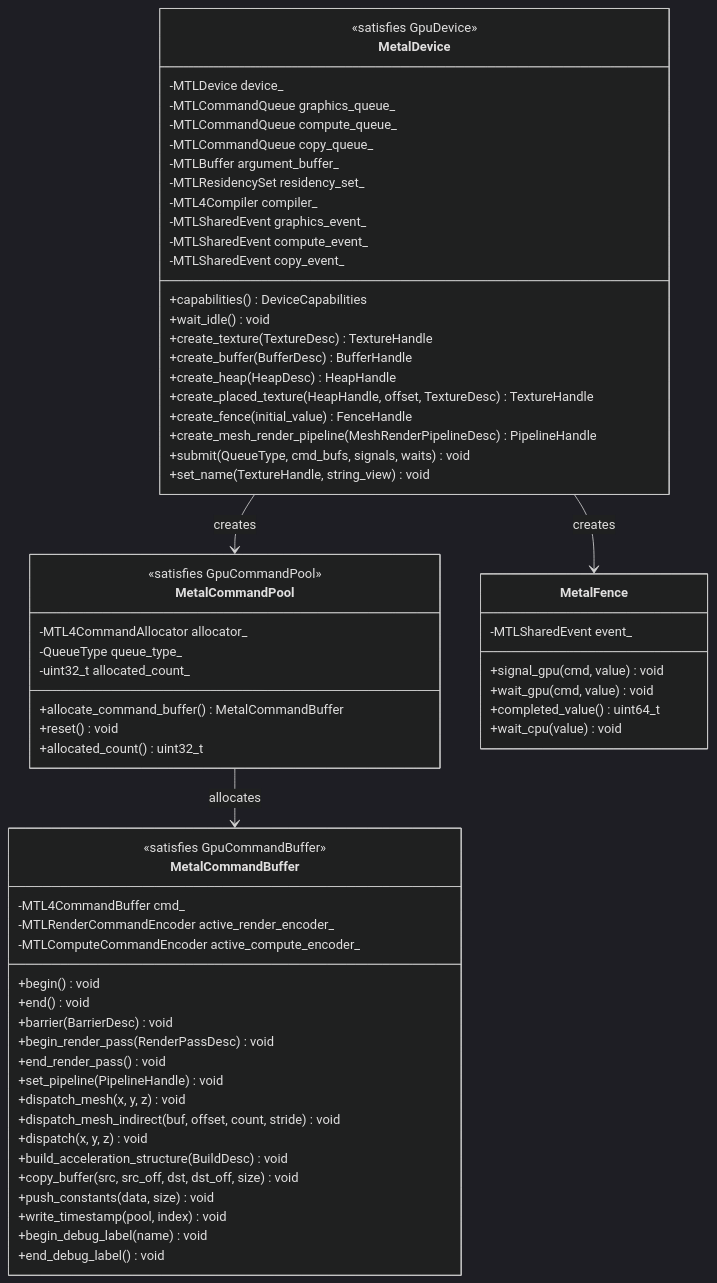
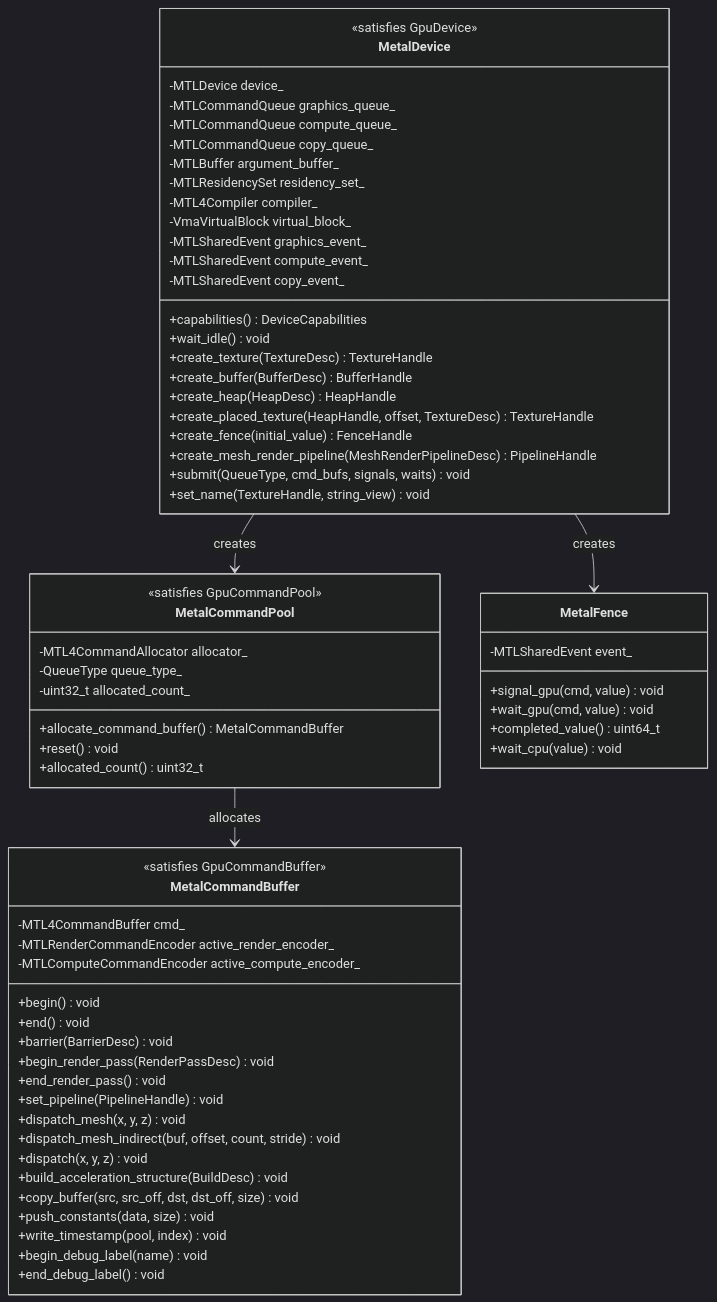
Before and after one commit to harmonius-dev/harmonius: the third of 3 diagrams in docs/design/gpu-backend-metal.md, drawn with Mermaid (dark theme). The commit also changed other lines of this file and 192 other files, not shown here.

````diff
--- a/docs/design/gpu-backend-metal.md
+++ b/docs/design/gpu-backend-metal.md
@@ -1004,70 +1027,71 @@
 ```mermaid
 classDiagram
     class MetalDevice {
         <<satisfies GpuDevice>>
         -MTLDevice device_
         -MTLCommandQueue graphics_queue_
         -MTLCommandQueue compute_queue_
         -MTLCommandQueue copy_queue_
         -MTLBuffer argument_buffer_
         -MTLResidencySet residency_set_
         -MTL4Compiler compiler_
+        -VmaVirtualBlock virtual_block_
         -MTLSharedEvent graphics_event_
         -MTLSharedEvent compute_event_
         -MTLSharedEvent copy_event_
         +capabilities() DeviceCapabilities
         +wait_idle() void
         +create_texture(TextureDesc) TextureHandle
         +create_buffer(BufferDesc) BufferHandle
         +create_heap(HeapDesc) HeapHandle
         +create_placed_texture(HeapHandle, offset, TextureDesc) TextureHandle
         +create_fence(initial_value) FenceHandle
         +create_mesh_render_pipeline(MeshRenderPipelineDesc) PipelineHandle
         +submit(QueueType, cmd_bufs, signals, waits) void
         +set_name(TextureHandle, string_view) void
     }
 
     class MetalCommandPool {
         <<satisfies GpuCommandPool>>
         -MTL4CommandAllocator allocator_
         -QueueType queue_type_
         -uint32_t allocated_count_
         +allocate_command_buffer() MetalCommandBuffer
         +reset() void
         +allocated_count() uint32_t
     }
 
     class MetalCommandBuffer {
         <<satisfies GpuCommandBuffer>>
         -MTL4CommandBuffer cmd_
         -MTLRenderCommandEncoder active_render_encoder_
         -MTLComputeCommandEncoder active_compute_encoder_
         +begin() void
         +end() void
         +barrier(BarrierDesc) void
         +begin_render_pass(RenderPassDesc) void
         +end_render_pass() void
         +set_pipeline(PipelineHandle) void
         +dispatch_mesh(x, y, z) void
         +dispatch_mesh_indirect(buf, offset, count, stride) void
         +dispatch(x, y, z) void
         +build_acceleration_structure(BuildDesc) void
         +copy_buffer(src, src_off, dst, dst_off, size) void
         +push_constants(data, size) void
         +write_timestamp(pool, index) void
         +begin_debug_label(name) void
         +end_debug_label() void
     }
 
     class MetalFence {
         -MTLSharedEvent event_
         +signal_gpu(cmd, value) void
         +wait_gpu(cmd, value) void
         +completed_value() uint64_t
         +wait_cpu(value) void
     }
 
     MetalDevice --> MetalCommandPool : creates
     MetalCommandPool --> MetalCommandBuffer : allocates
     MetalDevice --> MetalFence : creates
 ```
````
